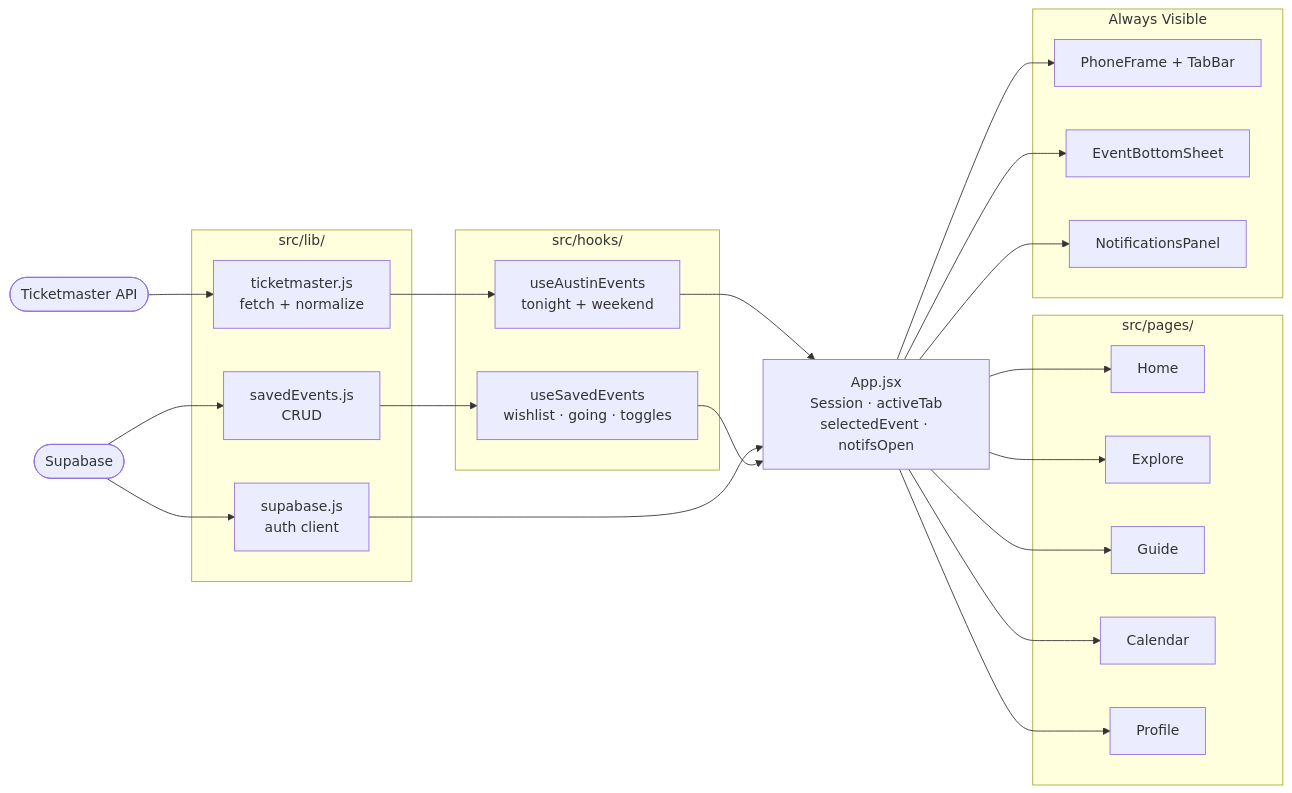
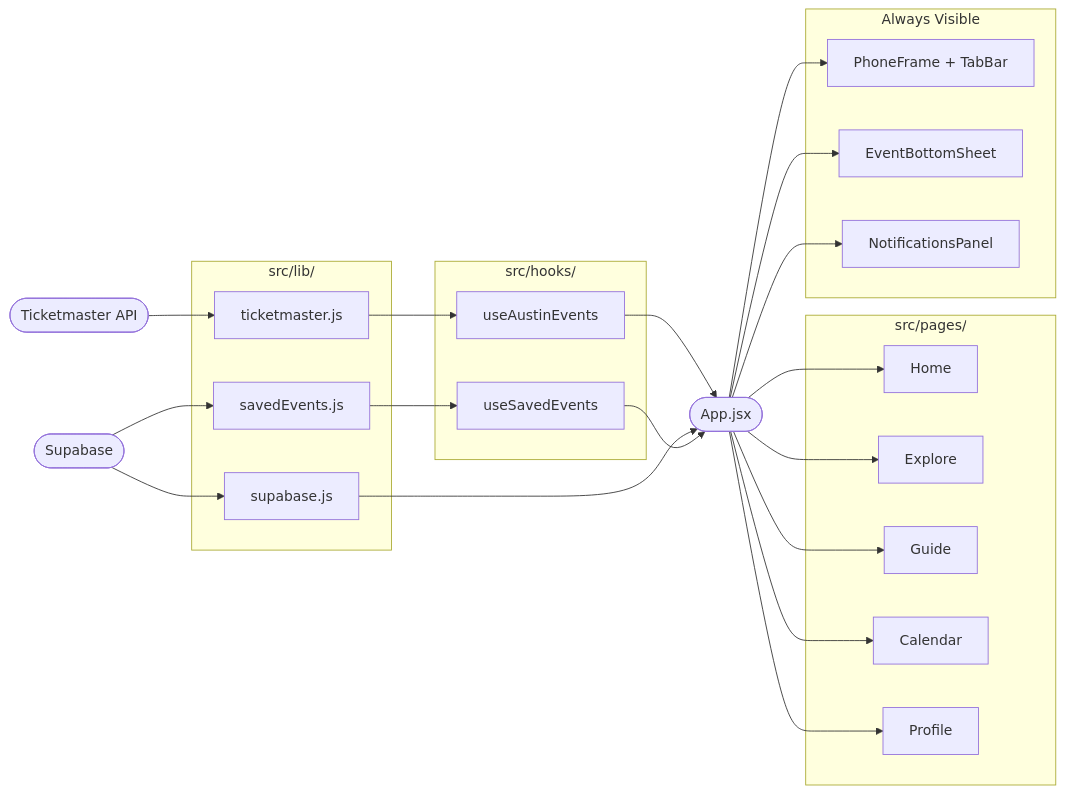
One commit to kartikchatlani/Venu changed the first of 3 diagrams in docs/architecture.md. Above: the diagram before and after it, drawn with Mermaid. The commit also changed other lines of this file, not shown here.

First line of the commit message:
docs: clean up architecture diagrams — no newlines, no crossing arrows

````diff
--- a/docs/architecture.md
+++ b/docs/architecture.md
@@ -15,38 +13,49 @@
 ```mermaid
 flowchart LR
     TM(["Ticketmaster API"])
     SB(["Supabase"])
 
     subgraph LIB["src/lib/"]
-        tmLib["ticketmaster.js\nfetch + normalize"]
-        sbClient["supabase.js\nauth client"]
-        seLib["savedEvents.js\nCRUD"]
+        tmLib["ticketmaster.js"]
+        sbClient["supabase.js"]
+        seLib["savedEvents.js"]
     end
 
     subgraph HOOKS["src/hooks/"]
-        useAE["useAustinEvents\ntonight + weekend"]
-        useSE["useSavedEvents\nwishlist · going · toggles"]
+        useAE["useAustinEvents"]
+        useSE["useSavedEvents"]
     end
 
-    App["App.jsx\nSession · activeTab\nselectedEvent · notifsOpen"]
+    App(["App.jsx"])
 
     subgraph PAGES["src/pages/"]
         Home["Home"]
         Explore["Explore"]
         Guide["Guide"]
         Cal["Calendar"]
         Prof["Profile"]
     end
 
     subgraph CHROME["Always Visible"]
         PF["PhoneFrame + TabBar"]
         EBS["EventBottomSheet"]
         NP["NotificationsPanel"]
     end
 
-    TM --> tmLib --> useAE --> App
-    SB --> sbClient --> App
-    SB --> seLib --> useSE --> App
-    App --> Home & Explore & Guide & Cal & Prof
-    App --> PF & EBS & NP
+    TM --> tmLib
+    tmLib --> useAE
+    useAE --> App
+    SB --> sbClient
+    sbClient --> App
+    SB --> seLib
+    seLib --> useSE
+    useSE --> App
+    App --> Home
+    App --> Explore
+    App --> Guide
+    App --> Cal
+    App --> Prof
+    App --> PF
+    App --> EBS
+    App --> NP
 ```
````
